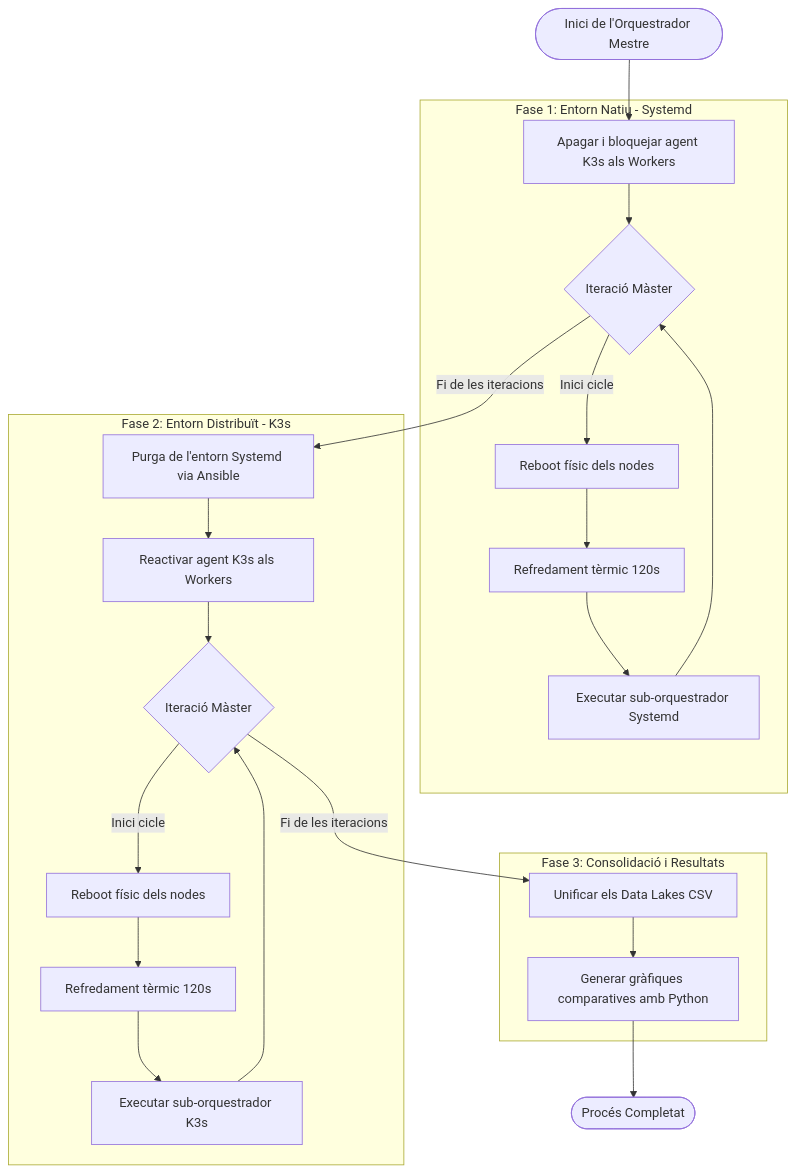
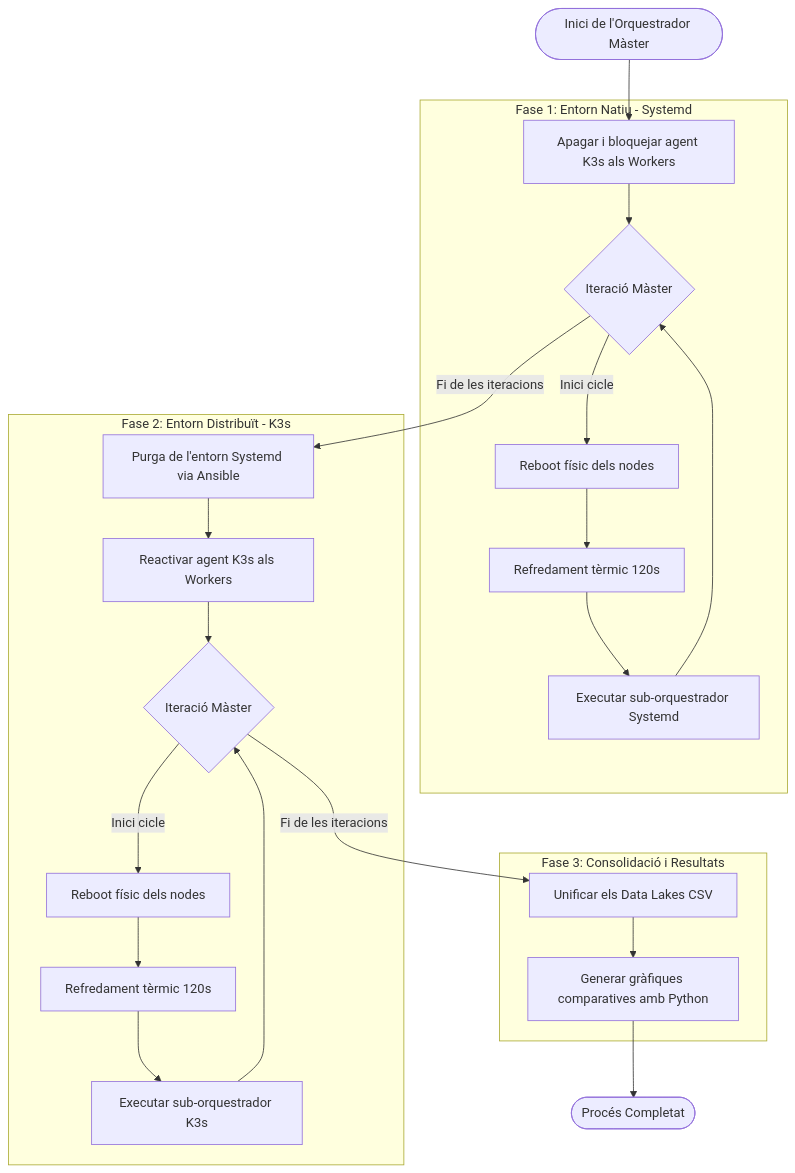
Before and after one commit to xji650/tfg-systemd-kubernetes: the diagram in comparative/flow.md, drawn with Mermaid. The commit also changed 48 other files, not shown here.

````diff
--- a/comparative/flow.md
+++ b/comparative/flow.md
@@ -1,32 +1,32 @@
 ``` mermaid
     flowchart TD
-        Start([Inici de l'Orquestrador Mestre]) --> F1_Init
+        Start([Inici de l'Orquestrador Màster]) --> F1_Init
 
         subgraph Fase 1: Entorn Natiu - Systemd
             F1_Init[Apagar i bloquejar agent K3s als Workers] --> F1_Loop
             F1_Loop{Iteració Màster} -->|Inici cicle| F1_Reboot[Reboot físic dels nodes]
             F1_Reboot --> F1_Cool[Refredament tèrmic 120s]
             F1_Cool --> F1_Bench[Executar sub-orquestrador Systemd]
             F1_Bench --> F1_Loop
         end
 
         F1_Loop -->|Fi de les iteracions| F2_Init
 
         subgraph Fase 2: Entorn Distribuït - K3s
             F2_Init[Purga de l'entorn Systemd via Ansible] --> F2_StartK3s[Reactivar agent K3s als Workers]
             F2_StartK3s --> F2_Loop
             F2_Loop{Iteració Màster} -->|Inici cicle| F2_Reboot[Reboot físic dels nodes]
             F2_Reboot --> F2_Cool[Refredament tèrmic 120s]
             F2_Cool --> F2_Bench[Executar sub-orquestrador K3s]
             F2_Bench --> F2_Loop
         end
 
         F2_Loop -->|Fi de les iteracions| F3_Init
 
         subgraph Fase 3: Consolidació i Resultats
             F3_Init[Unificar els Data Lakes CSV] --> F3_Graph[Generar gràfiques comparatives amb Python]
         end
 
         F3_Graph --> Finish([Procés Completat])
 
 ```
````
